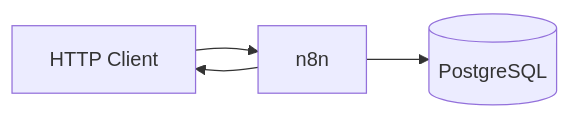
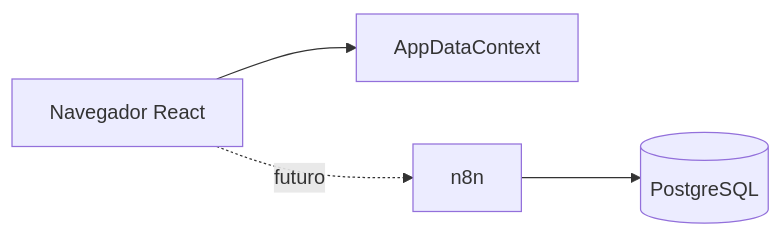
Before and after one commit to Victorks4/Bold-Support: the diagram in README.md, drawn with Mermaid. The commit also changed other lines of this file and 4 other files, not shown here.

````diff
--- a/README.md
+++ b/README.md
@@ -127,6 +172,11 @@
 ```mermaid
 flowchart LR
-  Client[HTTP Client] --> N8N[n8n]
-  N8N --> DB[(PostgreSQL)]
-  N8N --> Client
+  Browser[Navegador React]
+  Mock[AppDataContext]
+  N8N[n8n]
+  DB[(PostgreSQL)]
+
+  Browser --> Mock
+  Browser -.->|futuro| N8N
+  N8N --> DB
 ```
````
